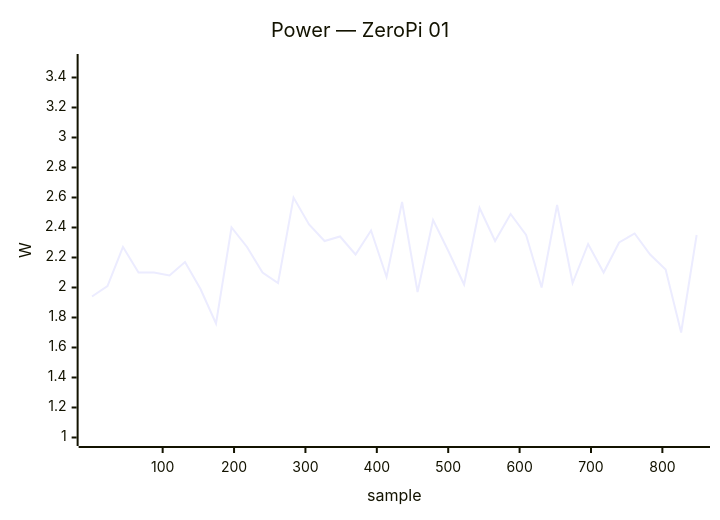
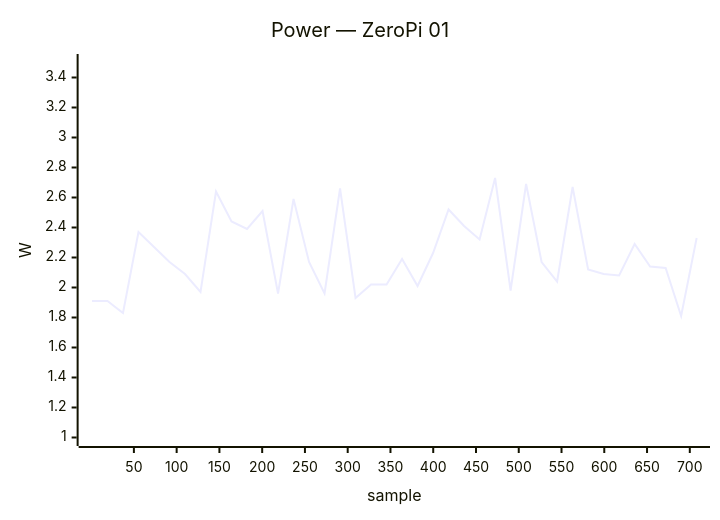
Before and after one commit to armbian/documentation: diagram 19 of 34 in docs/status/board-tests.md, drawn with Mermaid. The commit also changed other lines of this file, not shown here.

````diff
--- a/docs/status/board-tests.md
+++ b/docs/status/board-tests.md
@@ -922,7 +895,7 @@
 ```mermaid
 xychart-beta
     title "Power — ZeroPi 01"
-    x-axis "sample" 1 --> 848
+    x-axis "sample" 1 --> 708
     y-axis "W" 1.0 --> 3.5
-    line [1.94, 2.01, 2.27, 2.10, 2.10, 2.08, 2.17, 1.99, 1.76, 2.40, 2.27, 2.10, 2.03, 2.60, 2.42, 2.31, 2.34, 2.22, 2.38, 2.07, 2.57, 1.97, 2.45, 2.24, 2.02, 2.53, 2.31, 2.49, 2.35, 2.00, 2.55, 2.03, 2.29, 2.10, 2.30, 2.36, 2.22, 2.12, 1.70, 2.35]
+    line [1.91, 1.91, 1.83, 2.37, 2.27, 2.17, 2.09, 1.97, 2.64, 2.44, 2.39, 2.51, 1.96, 2.59, 2.17, 1.96, 2.66, 1.93, 2.02, 2.02, 2.19, 2.01, 2.23, 2.52, 2.41, 2.32, 2.73, 1.98, 2.69, 2.17, 2.04, 2.67, 2.12, 2.09, 2.08, 2.29, 2.14, 2.13, 1.81, 2.33]
 ```
````
